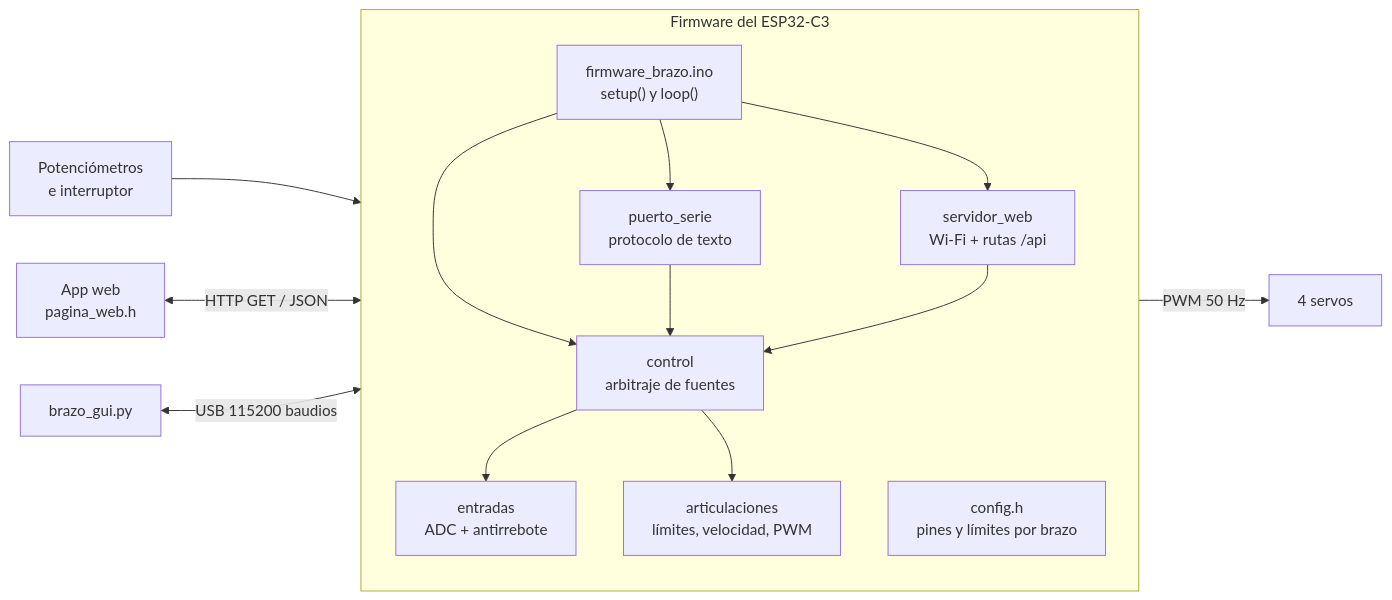
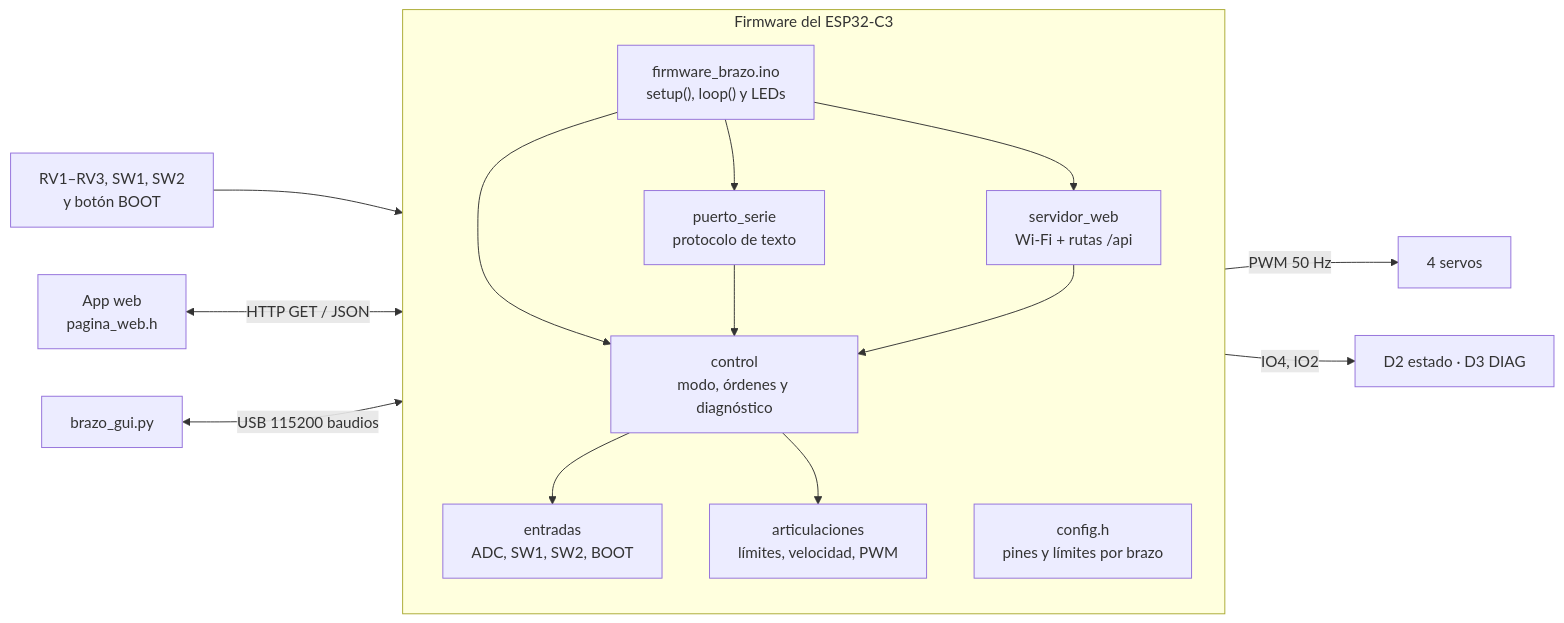
One commit to sebastiux/portafolio-just-the-docs changed the second of 3 diagrams in brazos/03-electronica-programacion.md. Above: the diagram before and after it, drawn with Mermaid. The commit also changed other lines of this file and 86 other files, not shown here.

First line of the commit message:
Usa la tarjeta original brazo_control v3 y adapta el firmware a sus pines

````diff
--- a/brazos/03-electronica-programacion.md
+++ b/brazos/03-electronica-programacion.md
@@ -256,22 +303,23 @@
 ```mermaid
 flowchart LR
   subgraph FW["Firmware del ESP32-C3"]
     direction TB
-    INO["firmware_brazo.ino<br/>setup() y loop()"]
-    CTRL["control<br/>arbitraje de fuentes"]
-    ENT["entradas<br/>ADC + antirrebote"]
+    INO["firmware_brazo.ino<br/>setup(), loop() y LEDs"]
+    CTRL["control<br/>modo, órdenes y diagnóstico"]
+    ENT["entradas<br/>ADC, SW1, SW2, BOOT"]
     ART["articulaciones<br/>límites, velocidad, PWM"]
     SER["puerto_serie<br/>protocolo de texto"]
     WEB["servidor_web<br/>Wi-Fi + rutas /api"]
     CFG["config.h<br/>pines y límites por brazo"]
     INO --> SER & WEB & CTRL
     SER --> CTRL
     WEB --> CTRL
     CTRL --> ENT
     CTRL --> ART
   end
-  POT["Potenciómetros<br/>e interruptor"] --> ENT
+  POT["RV1–RV3, SW1, SW2<br/>y botón BOOT"] --> ENT
   APP["App web<br/>pagina_web.h"] <-- "HTTP GET / JSON" --> WEB
   GUI["brazo_gui.py"] <-- "USB 115200 baudios" --> SER
   ART -- "PWM 50 Hz" --> S["4 servos"]
+  INO -- "IO4, IO2" --> LED["D2 estado · D3 DIAG"]
 ```
````
